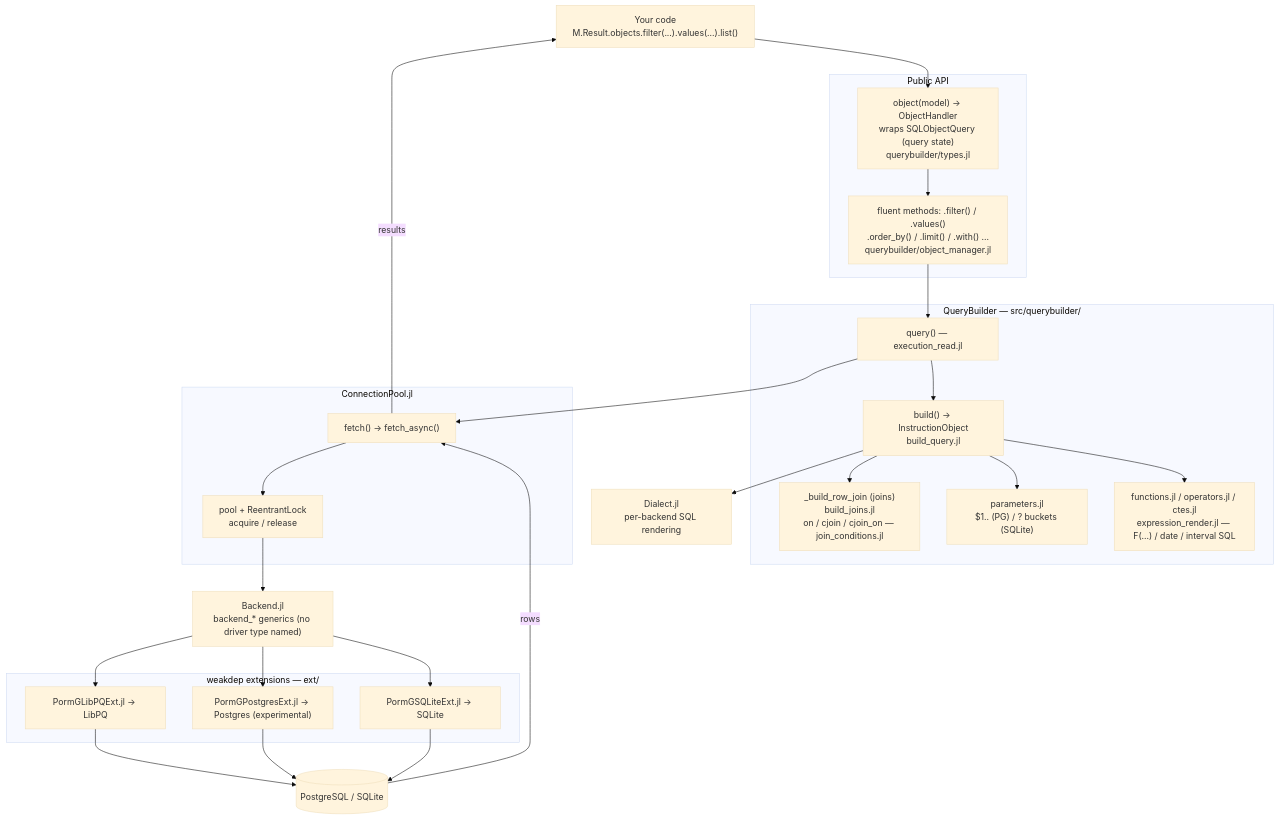
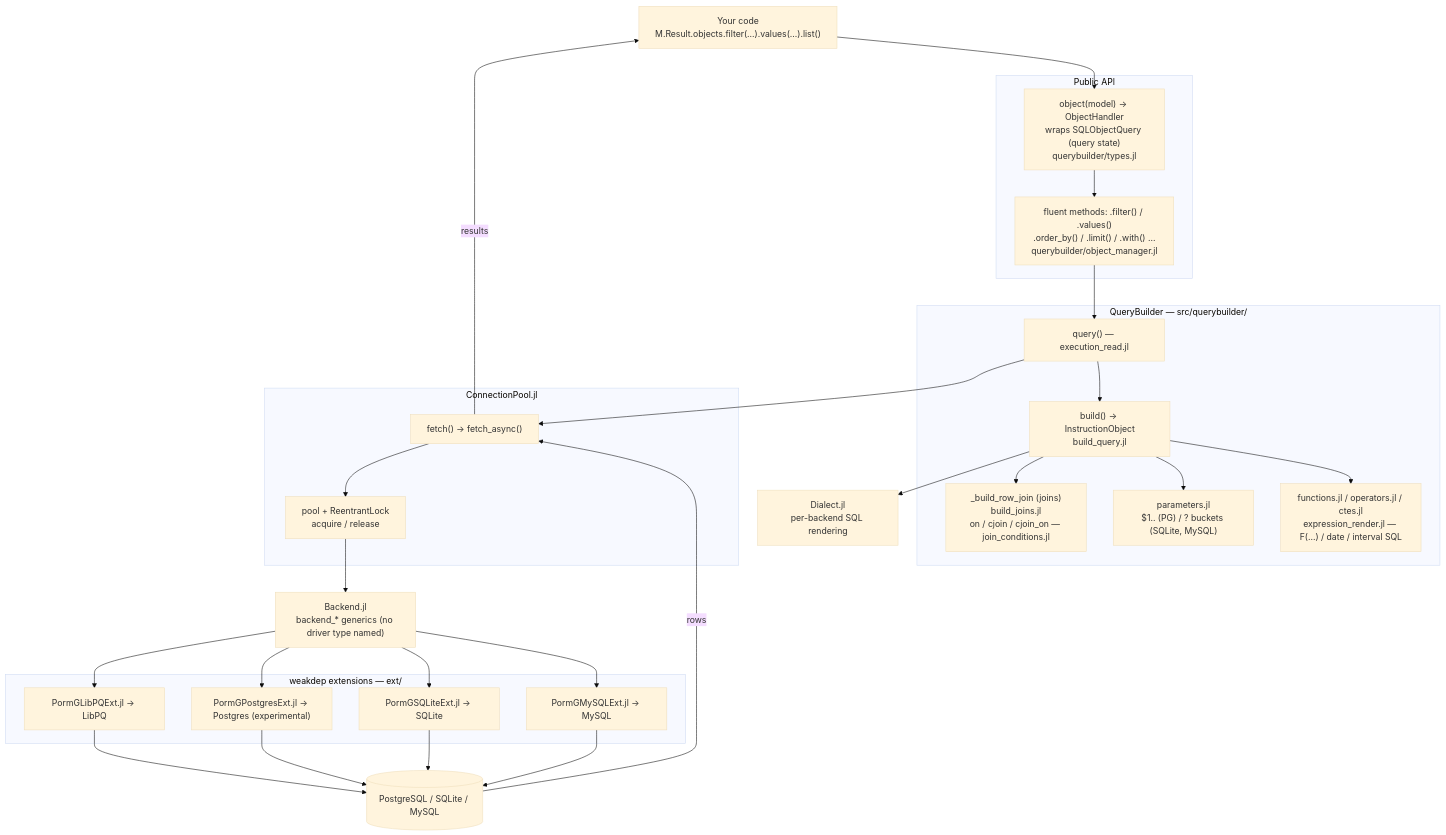
One commit to PingoLee/PormG.jl changed the first of 4 diagrams in docs/src/architecture.md. Above: the diagram before and after it, drawn with Mermaid (base theme). The commit also changed other lines of this file and 22 other files, not shown here.

````diff
--- a/docs/src/architecture.md
+++ b/docs/src/architecture.md
@@ -13,43 +13,45 @@
 ```mermaid
 flowchart TD
   U["Your code<br/>M.Result.objects.filter(...).values(...).list()"]
 
   subgraph API["Public API"]
     OBJ["object(model) → ObjectHandler<br/>wraps SQLObjectQuery (query state)<br/>querybuilder/types.jl"]
     CHAIN["fluent methods: .filter() / .values()<br/>.order_by() / .limit() / .with() ...<br/>querybuilder/object_manager.jl"]
   end
 
   subgraph QB["QueryBuilder — src/querybuilder/"]
     Q["query() — execution_read.jl"]
     B["build() → InstructionObject<br/>build_query.jl"]
     J["_build_row_join (joins)<br/>build_joins.jl<br/>on / cjoin / cjoin_on — join_conditions.jl"]
-    P["parameters.jl<br/>$1.. (PG) / ? buckets (SQLite)"]
+    P["parameters.jl<br/>$1.. (PG) / ? buckets (SQLite, MySQL)"]
     F["functions.jl / operators.jl / ctes.jl<br/>expression_render.jl — F(...) / date / interval SQL"]
   end
 
   DI["Dialect.jl<br/>per-backend SQL rendering"]
 
   subgraph CP["ConnectionPool.jl"]
     FE["fetch() → fetch_async()"]
     POOL["pool + ReentrantLock<br/>acquire / release"]
   end
 
   BK["Backend.jl<br/>backend_* generics (no driver type named)"]
   subgraph EXT["weakdep extensions — ext/"]
     PG["PormGLibPQExt.jl → LibPQ"]
     PJ["PormGPostgresExt.jl → Postgres (experimental)"]
     SL["PormGSQLiteExt.jl → SQLite"]
+    MY["PormGMySQLExt.jl → MySQL"]
   end
-  DB[("PostgreSQL / SQLite")]
+  DB[("PostgreSQL / SQLite / MySQL")]
 
   U --> OBJ --> CHAIN --> Q --> B
   B --> J
   B --> P
   B --> F
   B --> DI
   Q --> FE --> POOL --> BK
   BK --> PG --> DB
   BK --> PJ --> DB
   BK --> SL --> DB
+  BK --> MY --> DB
   DB -->|rows| FE -->|results| U
 ```
````
